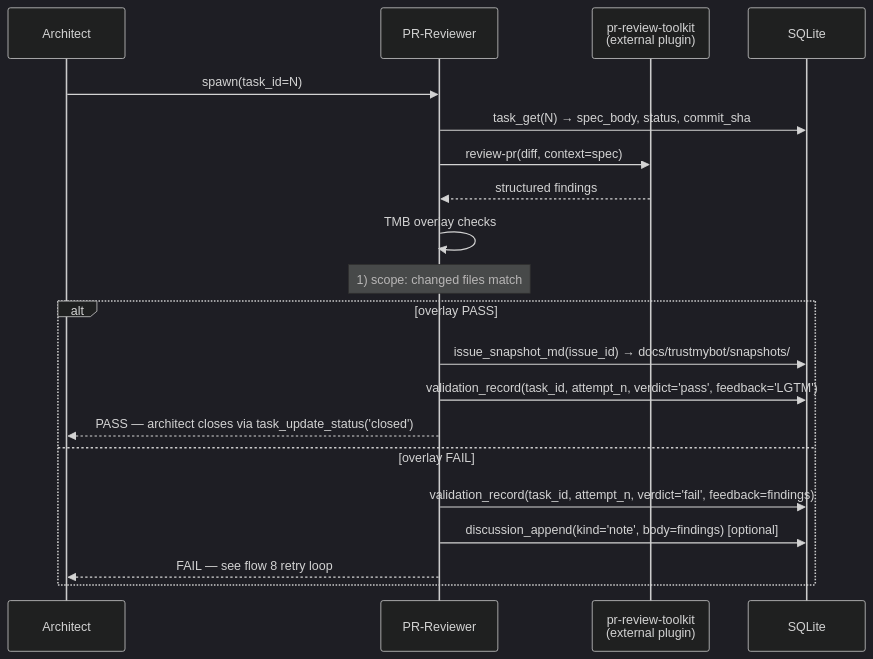
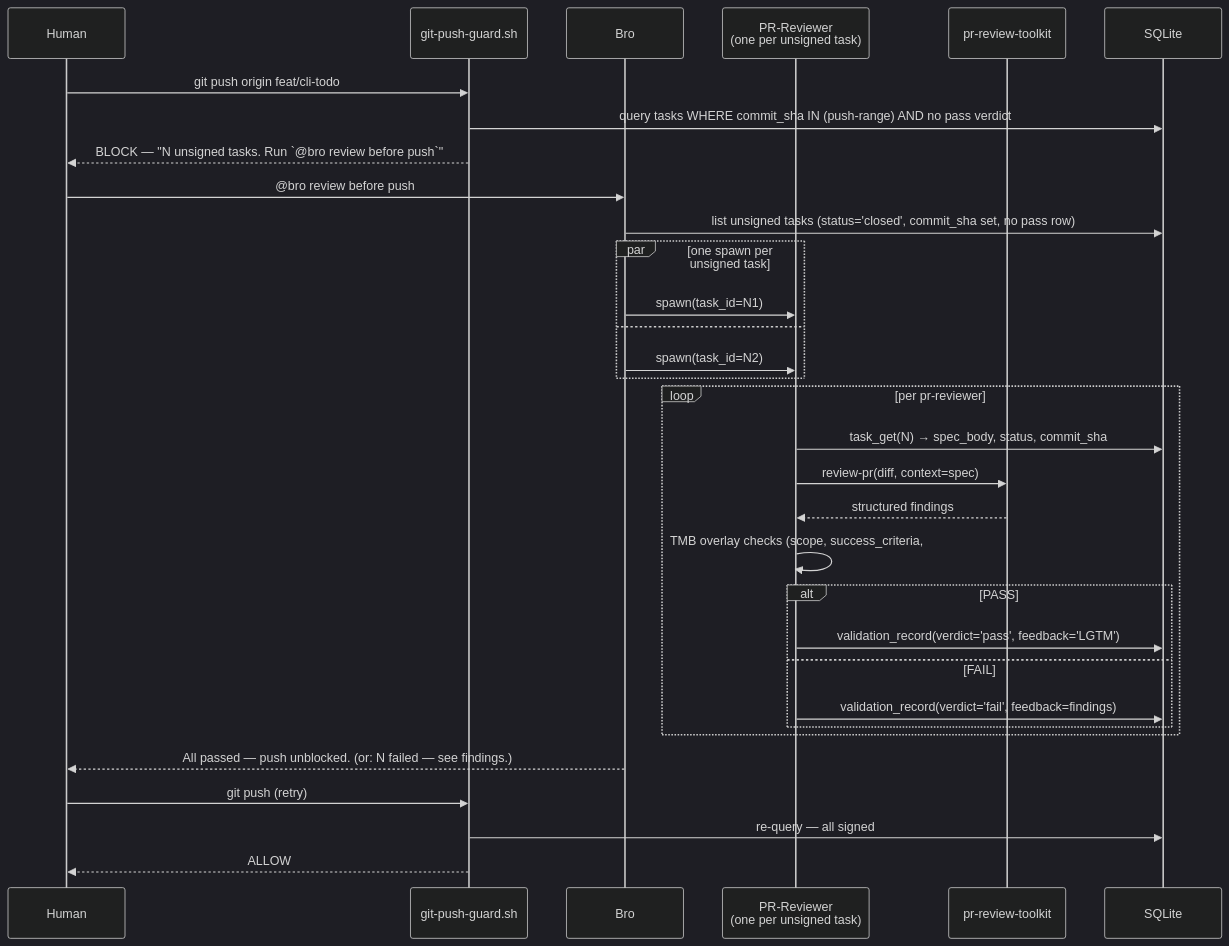
Before and after one commit to trustmybot/plugin: the sixth of 10 diagrams in docs/architecture/FLOWS.md, drawn with Mermaid (dark theme). The commit also changed other lines of this file and 12 other files, not shown here.

First line of the commit message:
🔥 perf: bro = task gate, pr-reviewer = push gate, Direct Mode for trivial edits

````diff
--- a/docs/architecture/FLOWS.md
+++ b/docs/architecture/FLOWS.md
@@ -275,25 +274,37 @@
 ```mermaid
 sequenceDiagram
-    participant A as Architect
-    participant P as PR-Reviewer
-    participant T as pr-review-toolkit<br/>(external plugin)
+    participant H as Human
+    participant Hook as git-push-guard.sh
+    participant B as Bro
+    participant P as PR-Reviewer<br/>(one per unsigned task)
+    participant T as pr-review-toolkit
     participant DB as SQLite
 
-    A->>P: spawn(task_id=N)
-    P->>DB: task_get(N) → spec_body, status, commit_sha
-    P->>T: review-pr(diff, context=spec)
-    T-->>P: structured findings
+    H->>Hook: git push origin feat/cli-todo
+    Hook->>DB: query tasks WHERE commit_sha IN (push-range) AND no pass verdict
+    Hook-->>H: BLOCK — "N unsigned tasks. Run `@bro review before push`"
+    H->>B: @bro review before push
+    B->>DB: list unsigned tasks (status='closed', commit_sha set, no pass row)
+    par one spawn per unsigned task
+        B->>P: spawn(task_id=N1)
+    and
+        B->>P: spawn(task_id=N2)
+    end
 
-    P->>P: TMB overlay checks
-    Note over P: 1) scope: changed files match ## Files<br/>2) success_criteria met<br/>3) atomic-close (#W4): tasks.status='completed'<br/>4) auto/architecture-dir check (if applicable)
+    loop per pr-reviewer
+        P->>DB: task_get(N) → spec_body, status, commit_sha
+        P->>T: review-pr(diff, context=spec)
+        T-->>P: structured findings
+        P->>P: TMB overlay checks (scope, success_criteria, #W4, auto-dir)
+        alt PASS
+            P->>DB: validation_record(verdict='pass', feedback='LGTM')
+        else FAIL
+            P->>DB: validation_record(verdict='fail', feedback=findings)
+        end
+    end
 
-    alt overlay PASS
-        P->>DB: issue_snapshot_md(issue_id) → docs/trustmybot/snapshots/
-        P->>DB: validation_record(task_id, attempt_n, verdict='pass', feedback='LGTM')
-        P-->>A: PASS — architect closes via task_update_status('closed')
-    else overlay FAIL
-        P->>DB: validation_record(task_id, attempt_n, verdict='fail', feedback=findings)
-        P->>DB: discussion_append(kind='note', body=findings) [optional]
-        P-->>A: FAIL — see flow 8 retry loop
-    end
+    B-->>H: All passed — push unblocked. (or: N failed — see findings.)
+    H->>Hook: git push (retry)
+    Hook->>DB: re-query — all signed
+    Hook-->>H: ALLOW
 ```
````
